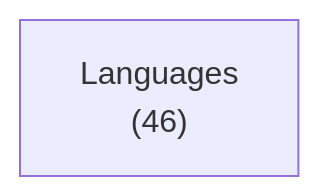
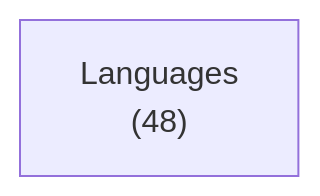
The first of 2 diagrams in docs/lib/language/haskell/depends.md (ruudkoot/rune), drawn with Mermaid before and after one commit. The commit also changed other lines of this file and 20 other files, not shown here.

````diff
--- a/docs/lib/language/haskell/depends.md
+++ b/docs/lib/language/haskell/depends.md
@@ -24,4 +24,4 @@
 ```mermaid
 flowchart LR
-  a0["Languages<br>(46)"]
+  a0["Languages<br>(48)"]
 ```
````
